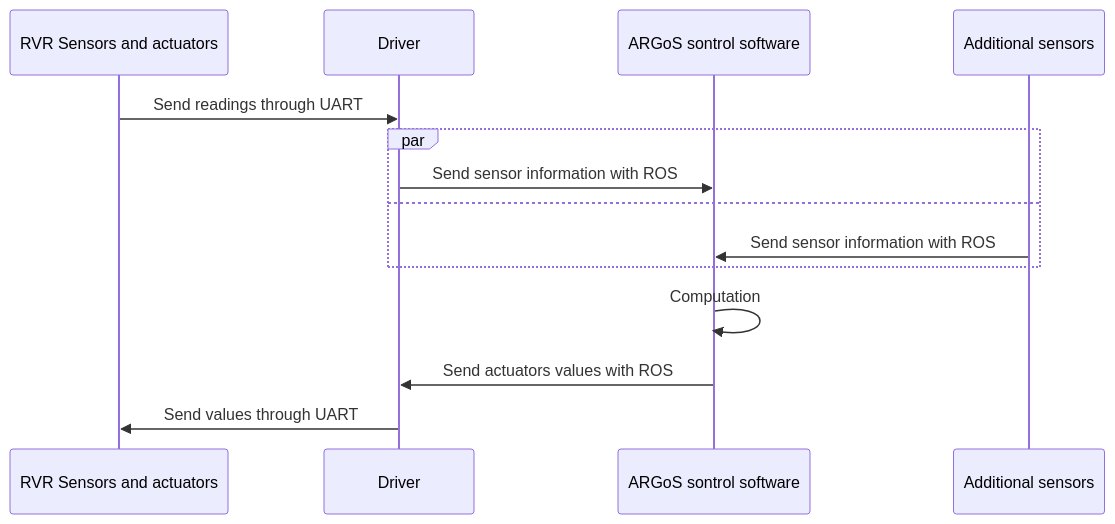
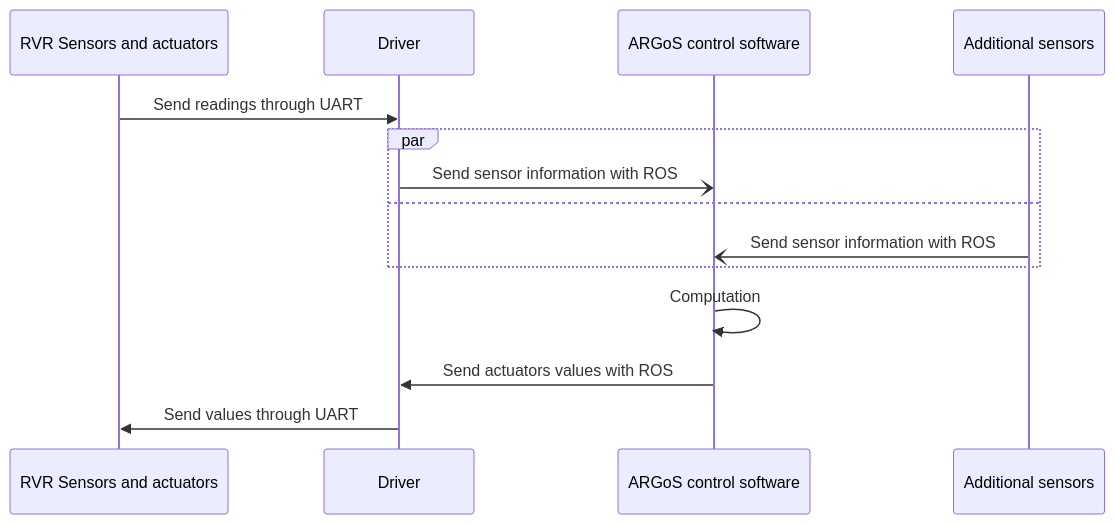
The diagram in README.md (rafftod/rvr_ros), drawn with Mermaid before and after one commit.

````diff
--- a/README.md
+++ b/README.md
@@ -34,16 +34,16 @@
 ```mermaid
 sequenceDiagram
     participant RVR as RVR Sensors and actuators
     participant D as Driver
-    participant C as ARGoS sontrol software
+    participant C as ARGoS control software
     participant AD as Additional sensors
     RVR->>D: Send readings through UART
     par
-        D->>C: Send sensor information with ROS
+        D-)C: Send sensor information with ROS
     and
-        AD->>C: Send sensor information with ROS
+        AD-)C: Send sensor information with ROS
     end
     C->>C: Computation
     C->>D: Send actuators values with ROS
     D->>RVR: Send values through UART
 ```
````
